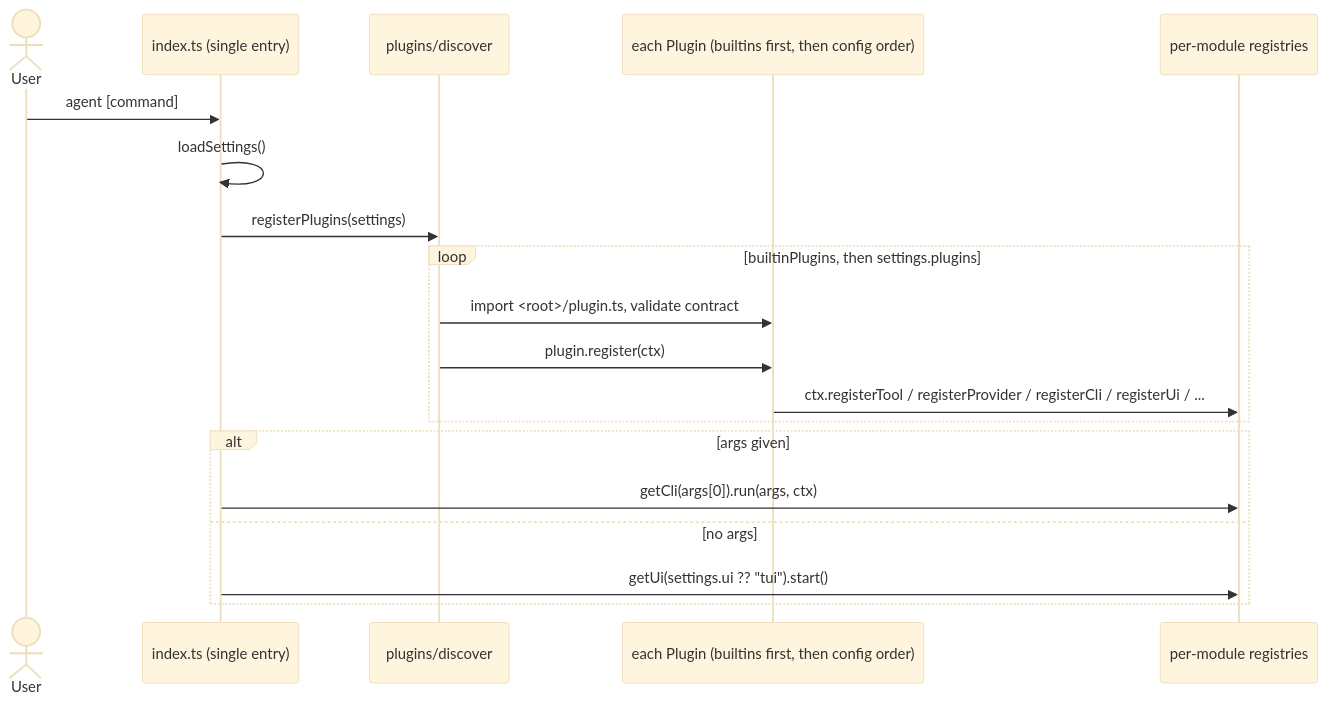
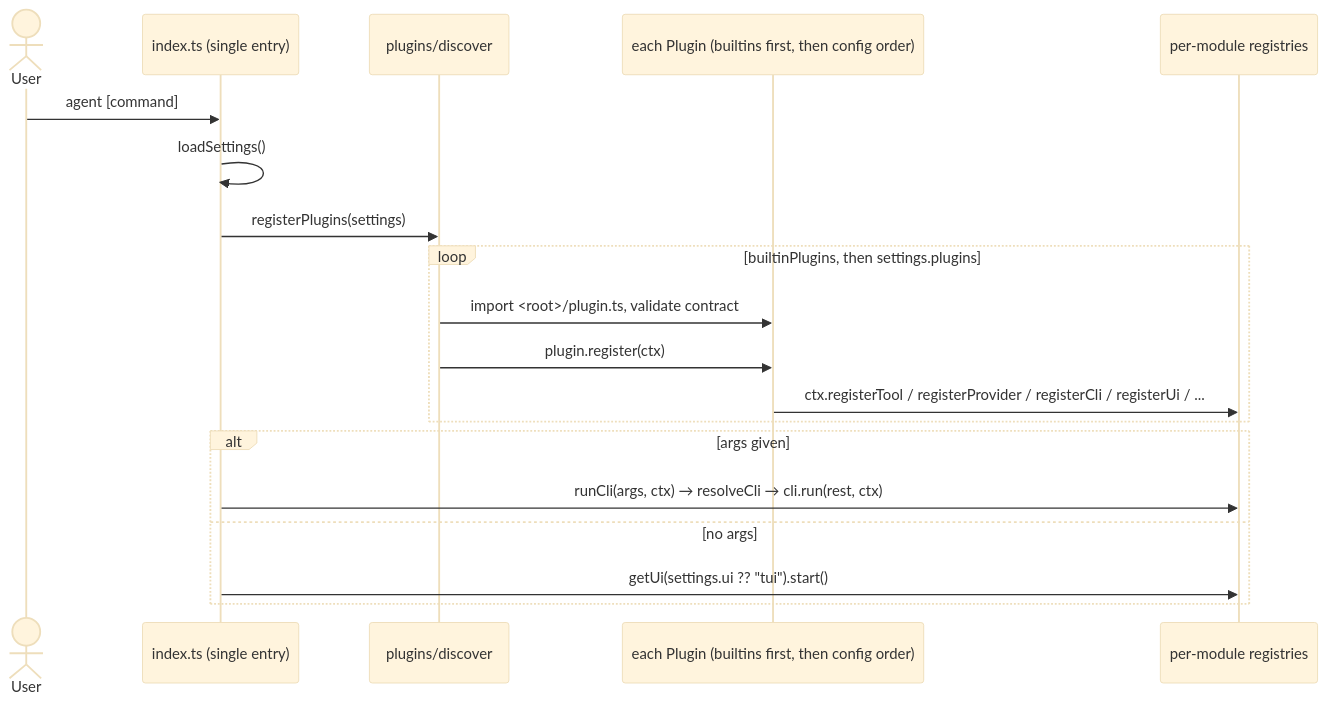
One commit to wjchoi87/xal changed the second of 2 diagrams in AGENTS.md. Above: the diagram before and after it, drawn with Mermaid (base theme). The commit also changed other lines of this file and 19 other files, not shown here.

````diff
--- a/AGENTS.md
+++ b/AGENTS.md
@@ -50,22 +54,22 @@
 ```mermaid
 sequenceDiagram
     actor User
     participant Entry as index.ts (single entry)
     participant Discover as plugins/discover
     participant P as each Plugin (builtins first, then config order)
     participant Reg as per-module registries
 
     User->>Entry: agent [command]
     Entry->>Entry: loadSettings()
     Entry->>Discover: registerPlugins(settings)
     loop builtinPlugins, then settings.plugins
         Discover->>P: import <root>/plugin.ts, validate contract
         Discover->>P: plugin.register(ctx)
         P->>Reg: ctx.registerTool / registerProvider / registerCli / registerUi / ...
     end
     alt args given
-        Entry->>Reg: getCli(args[0]).run(args, ctx)
+        Entry->>Reg: runCli(args, ctx) → resolveCli → cli.run(rest, ctx)
     else no args
         Entry->>Reg: getUi(settings.ui ?? "tui").start()
     end
 ```
````
